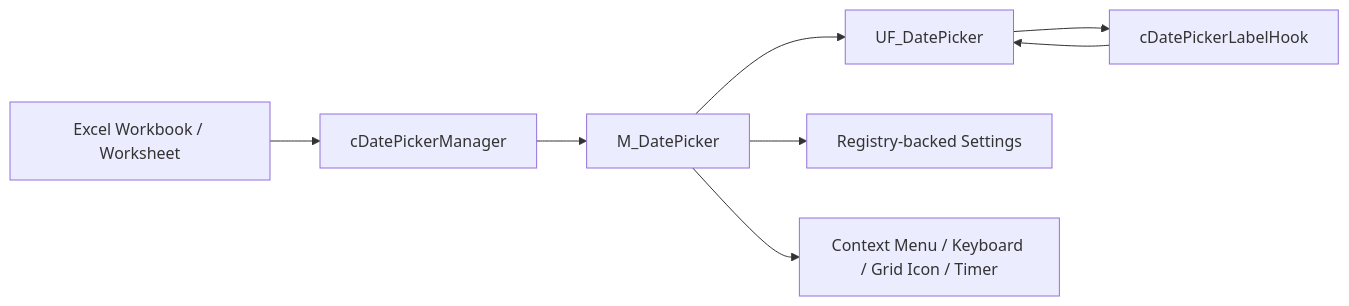
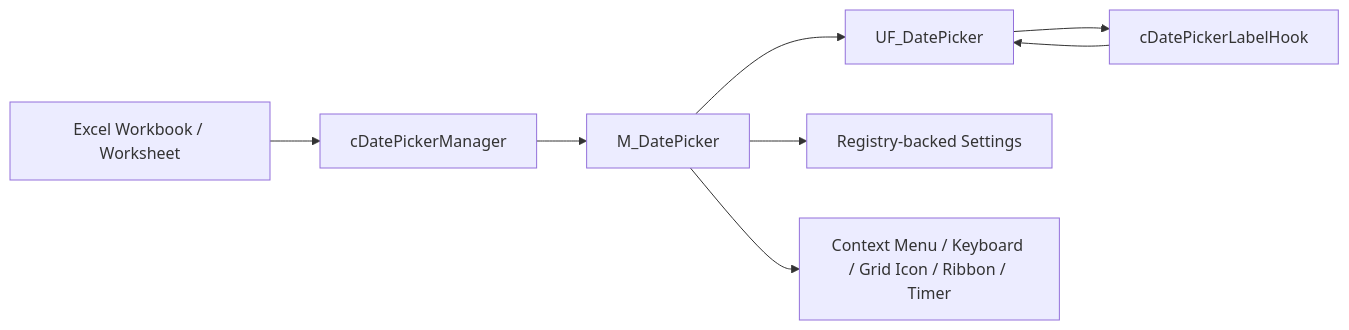
The diagram in README.md (danielep71/VBA-DATETIMEPICKER), drawn with Mermaid before and after one commit. The commit also changed other lines of this file, not shown here.

````diff
--- a/README.md
+++ b/README.md
@@ -221,10 +224,10 @@
 ```mermaid
 flowchart LR
     Excel[Excel Workbook / Worksheet] --> Manager[cDatePickerManager]
     Manager --> Module[M_DatePicker]
     Module --> Form[UF_DatePicker]
     Form --> Hooks[cDatePickerLabelHook]
     Hooks --> Form
     Module --> Settings[Registry-backed Settings]
-    Module --> UI[Context Menu / Keyboard / Grid Icon / Timer]
+    Module --> UI[Context Menu / Keyboard / Grid Icon / Ribbon / Timer]
 ```
````
